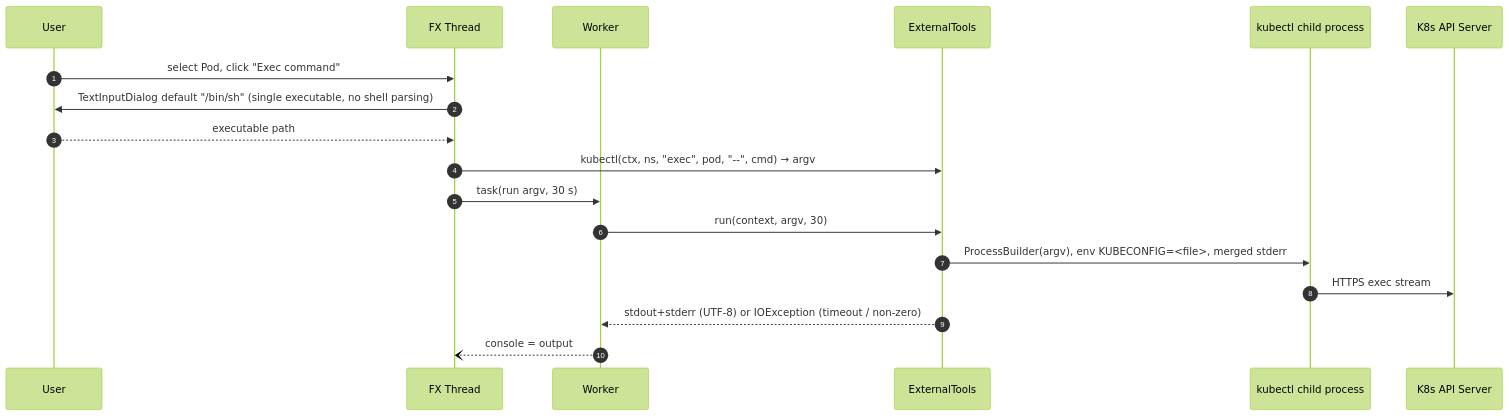
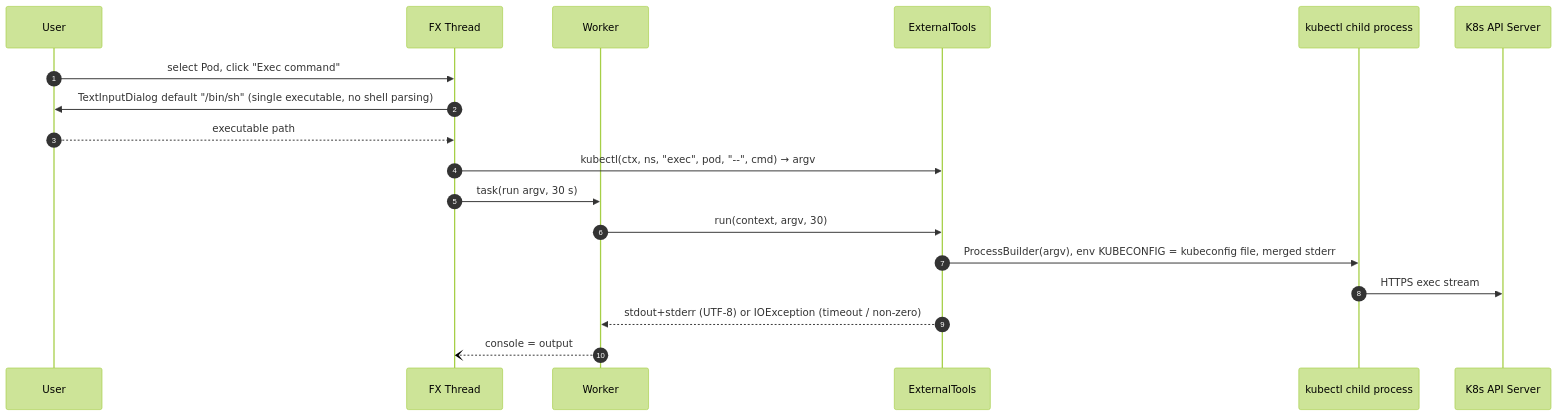
Before and after one commit to kotenev/JKubeTerm: the ninth of 13 diagrams in docs/architecture/data-flow.md, drawn with Mermaid (forest theme). The commit also changed other lines of this file and 5 other files, not shown here.

````diff
--- a/docs/architecture/data-flow.md
+++ b/docs/architecture/data-flow.md
@@ -186,20 +186,20 @@
 ```mermaid
 sequenceDiagram
   autonumber
   participant U as User
   participant FX as FX Thread
   participant W as Worker
   participant ET as ExternalTools
   participant K as kubectl child process
   participant API as K8s API Server
   U->>FX: select Pod, click "Exec command"
   FX->>U: TextInputDialog default "/bin/sh" (single executable, no shell parsing)
   U-->>FX: executable path
   FX->>ET: kubectl(ctx, ns, "exec", pod, "--", cmd) → argv
   FX->>W: task(run argv, 30 s)
   W->>ET: run(context, argv, 30)
-  ET->>K: ProcessBuilder(argv), env KUBECONFIG=<file>, merged stderr
+  ET->>K: ProcessBuilder(argv), env KUBECONFIG = kubeconfig file, merged stderr
   K->>API: HTTPS exec stream
   ET-->>W: stdout+stderr (UTF-8) or IOException (timeout / non-zero)
   W--)FX: console = output
 ```
````
